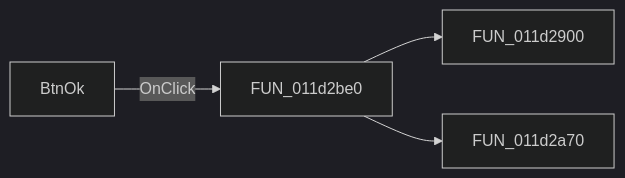
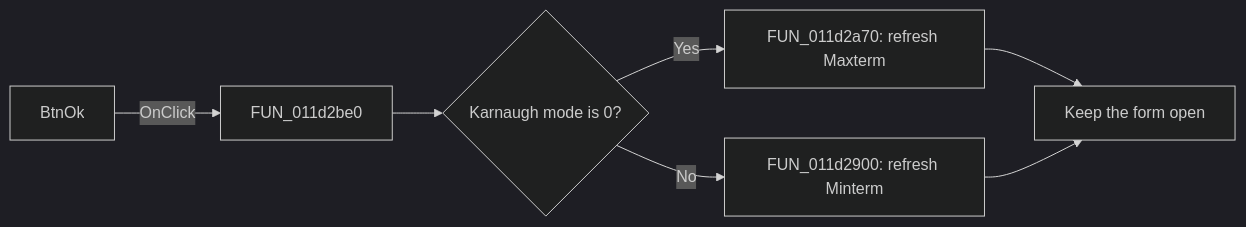
Before and after one commit to MovGP0/TIARA: the diagram in docs/ui-controls/vk-form/btnok-f78b488e1e.md, drawn with Mermaid (dark theme). The commit also changed other lines of this file and 1062 other files, not shown here.

````diff
--- a/docs/ui-controls/vk-form/btnok-f78b488e1e.md
+++ b/docs/ui-controls/vk-form/btnok-f78b488e1e.md
@@ -27,6 +29,9 @@
 ```mermaid
 flowchart LR
     control["BtnOk"] -->|OnClick| handler["FUN_011d2be0"]
-    handler --> call1["FUN_011d2900"]
-    handler --> call2["FUN_011d2a70"]
+    handler --> mode{"Karnaugh mode is 0?"}
+    mode -->|Yes| maxterm["FUN_011d2a70: refresh Maxterm"]
+    mode -->|No| minterm["FUN_011d2900: refresh Minterm"]
+    maxterm --> keepOpen["Keep the form open"]
+    minterm --> keepOpen
 ```
````
